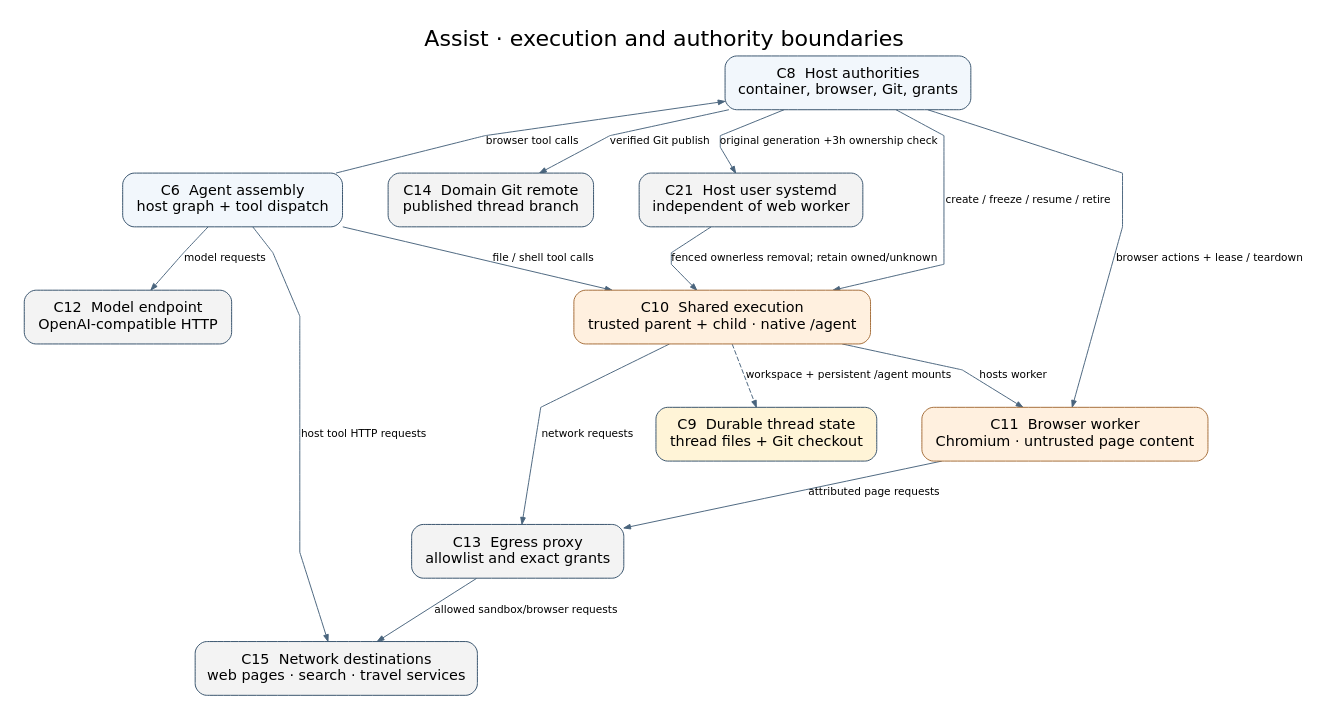
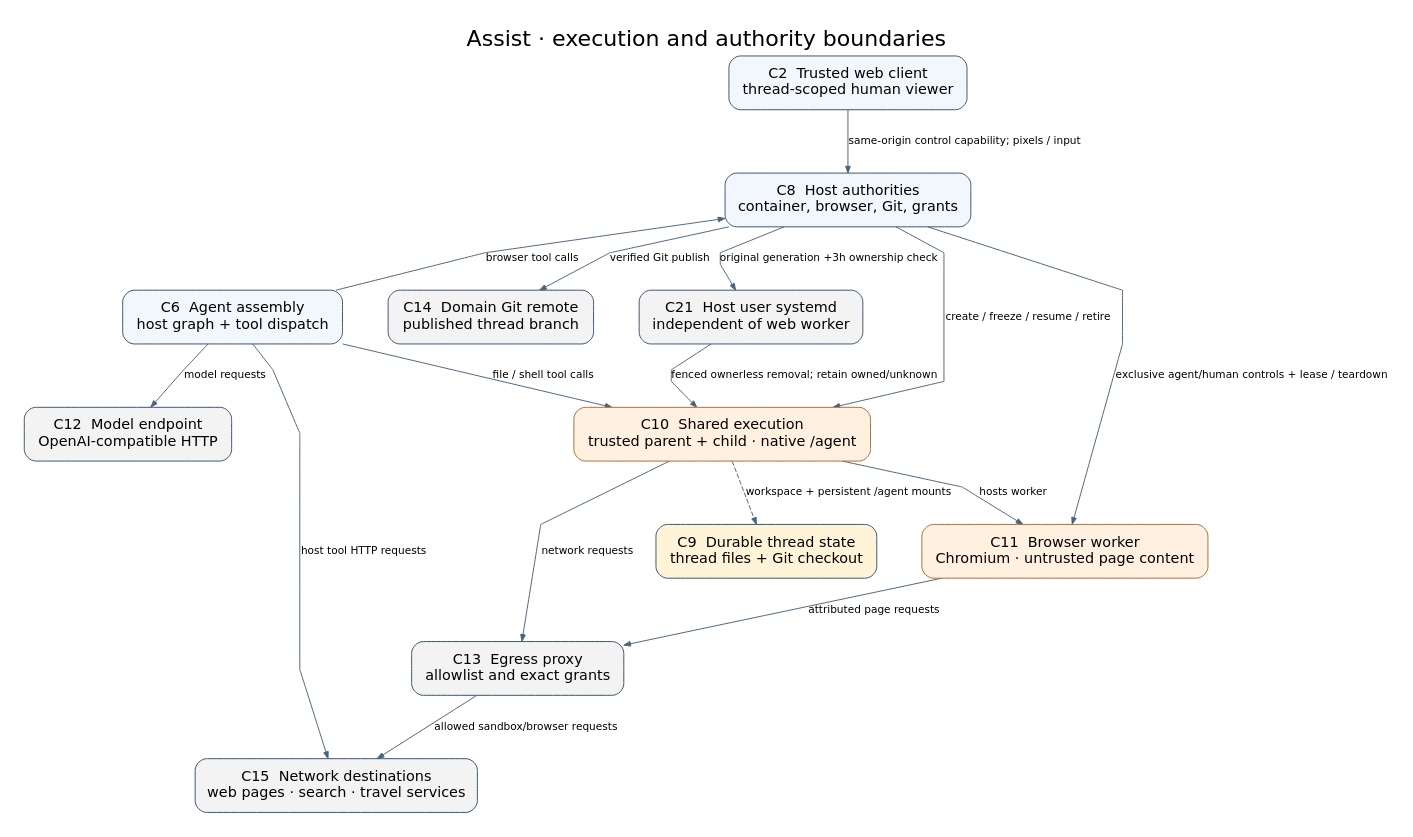
The diagram in docs/architecture-boundaries.dot (pierrel/assist), drawn with Graphviz before and after one commit. The commit also changed 13 other files, not shown here.

Commit message:
Add same-session browser takeover and handback

```diff
--- a/docs/architecture-boundaries.dot
+++ b/docs/architecture-boundaries.dot
@@ -1,44 +1,46 @@
 digraph Boundaries {
   graph [label="Assist · execution and authority boundaries", labelloc=t,
          fontname="DejaVu Sans", fontsize=23, bgcolor="white",
          rankdir=TB, pad=0.25, nodesep=0.65, ranksep=0.75,
          splines=polyline, outputorder=edgesfirst];
   node [shape=box, style="rounded,filled", color="#34506a",
         fillcolor="#f2f7fc", fontname="DejaVu Sans", fontsize=15,
         margin="0.20,0.15"];
   edge [fontname="DejaVu Sans", fontsize=11, color="#49647d",
         arrowsize=0.7];
 
   C6 [label="C6  Agent assembly\nhost graph + tool dispatch"];
+  C2 [label="C2  Trusted web client\nthread-scoped human viewer"];
   C8 [label="C8  Host authorities\ncontainer, browser, Git, grants"];
   C9 [label="C9  Durable thread state\nthread files + Git checkout",
       fillcolor="#fff4d7"];
   C10 [label="C10  Shared execution\ntrusted parent + child · native /agent",
        fillcolor="#fff0df", color="#a46b36"];
   C11 [label="C11  Browser worker\nChromium · untrusted page content",
        fillcolor="#fff0df", color="#a46b36"];
   C12 [label="C12  Model endpoint\nOpenAI-compatible HTTP",
        fillcolor="#f3f3f3"];
   C13 [label="C13  Egress proxy\nallowlist and exact grants",
        fillcolor="#f3f3f3"];
   C14 [label="C14  Domain Git remote\npublished thread branch",
        fillcolor="#f3f3f3"];
   C15 [label="C15  Network destinations\nweb pages · search · travel services",
        fillcolor="#f3f3f3"];
   C21 [label="C21  Host user systemd\nindependent of web worker", fillcolor="#f3f3f3"];
 
   C6 -> C10 [label="file / shell tool calls"];
   C6 -> C8 [label="browser tool calls", constraint=false];
+  C2 -> C8 [label="same-origin control capability; pixels / input"];
   C6 -> C12 [label="model requests"];
   C6 -> C15 [label="host tool HTTP requests"];
   C8 -> C10 [label="create / freeze / resume / retire"];
   C8 -> C21 [label="original generation +3h ownership check"];
   C21 -> C10 [label="fenced ownerless removal; retain owned/unknown"];
-  C8 -> C11 [label="browser actions + lease / teardown"];
+  C8 -> C11 [label="exclusive agent/human controls + lease / teardown"];
   C8 -> C14 [label="verified Git publish"];
   C10 -> C11 [label="hosts worker"];
   C10 -> C13 [label="network requests"];
   C11 -> C13 [label="attributed page requests"];
   C13 -> C15 [label="allowed sandbox/browser requests"];
   C10 -> C9 [label="workspace + persistent /agent mounts", style=dashed];
 }
```
